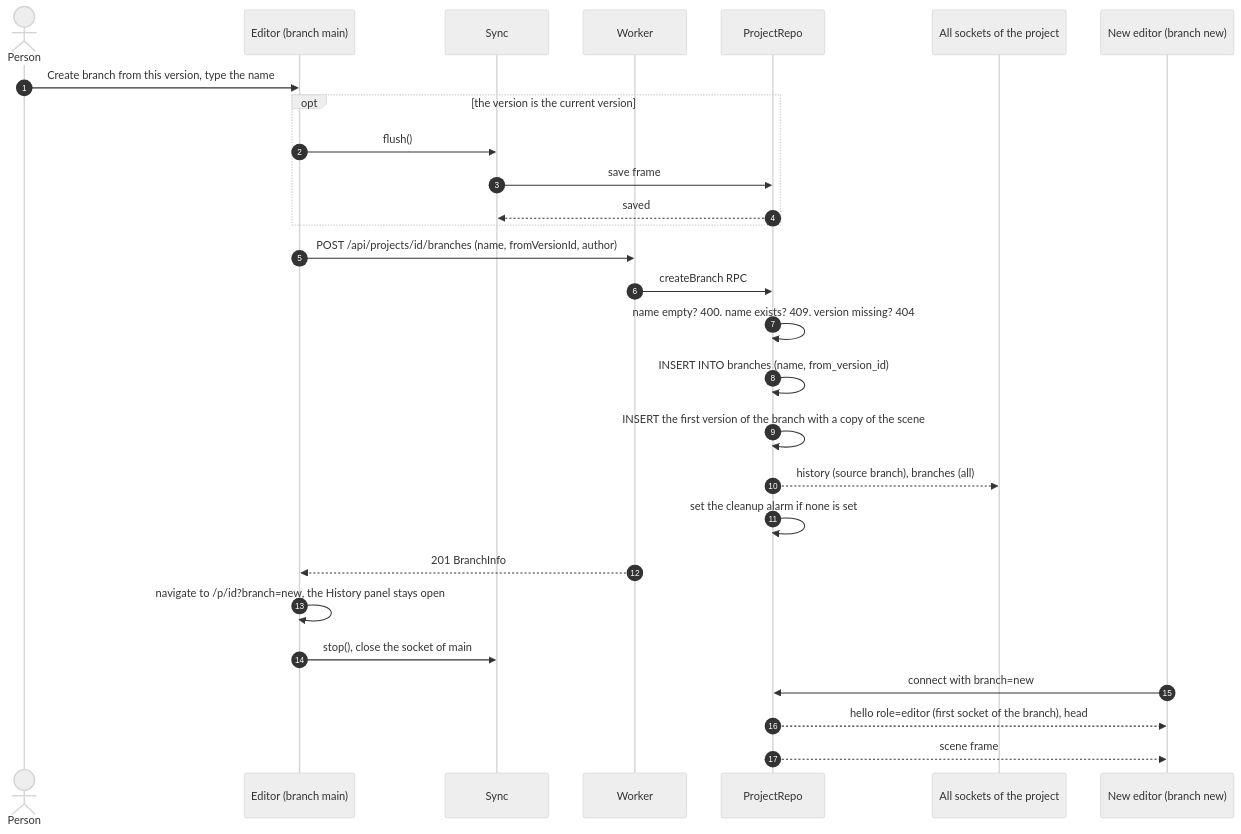
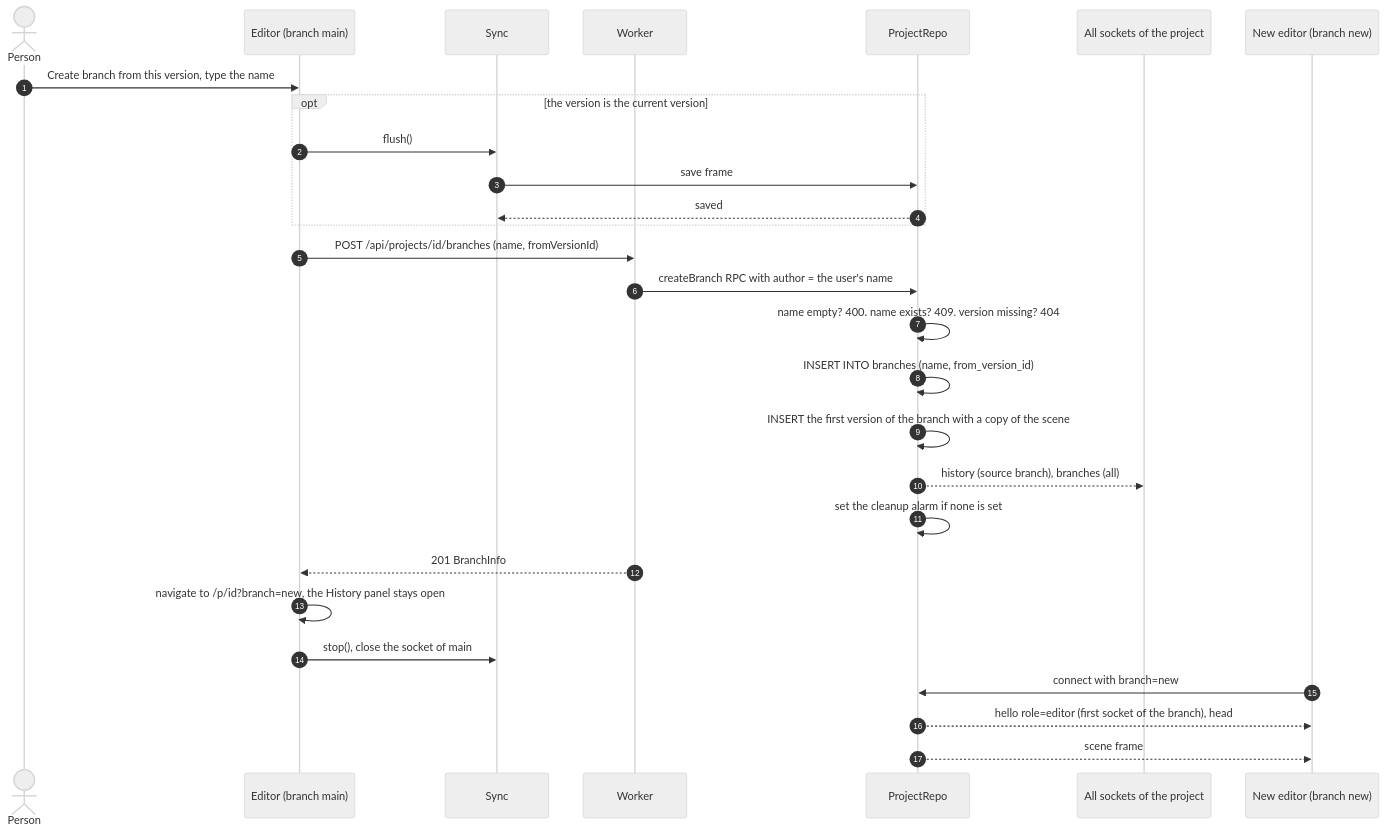
One commit to betty2310/draw changed diagram 12 of 15 in docs/sequences.md. Above: the diagram before and after it, drawn with Mermaid (neutral theme). The commit also changed other lines of this file and 5 other files, not shown here.

````diff
--- a/docs/sequences.md
+++ b/docs/sequences.md
@@ -401,31 +416,31 @@
 ```mermaid
 sequenceDiagram
   autonumber
   actor U as Person
   participant E as Editor (branch main)
   participant S as Sync
   participant W as Worker
   participant DO as ProjectRepo
   participant All as All sockets of the project
   participant E2 as New editor (branch new)
 
   U->>E: Create branch from this version, type the name
   opt the version is the current version
     E->>S: flush()
     S->>DO: save frame
     DO-->>S: saved
   end
-  E->>W: POST /api/projects/id/branches (name, fromVersionId, author)
-  W->>DO: createBranch RPC
+  E->>W: POST /api/projects/id/branches (name, fromVersionId)
+  W->>DO: createBranch RPC with author = the user's name
   DO->>DO: name empty? 400. name exists? 409. version missing? 404
   DO->>DO: INSERT INTO branches (name, from_version_id)
   DO->>DO: INSERT the first version of the branch with a copy of the scene
   DO-->>All: history (source branch), branches (all)
   DO->>DO: set the cleanup alarm if none is set
   W-->>E: 201 BranchInfo
   E->>E: navigate to /p/id?branch=new, the History panel stays open
   E->>S: stop(), close the socket of main
   E2->>DO: connect with branch=new
   DO-->>E2: hello role=editor (first socket of the branch), head
   DO-->>E2: scene frame
 ```
````
